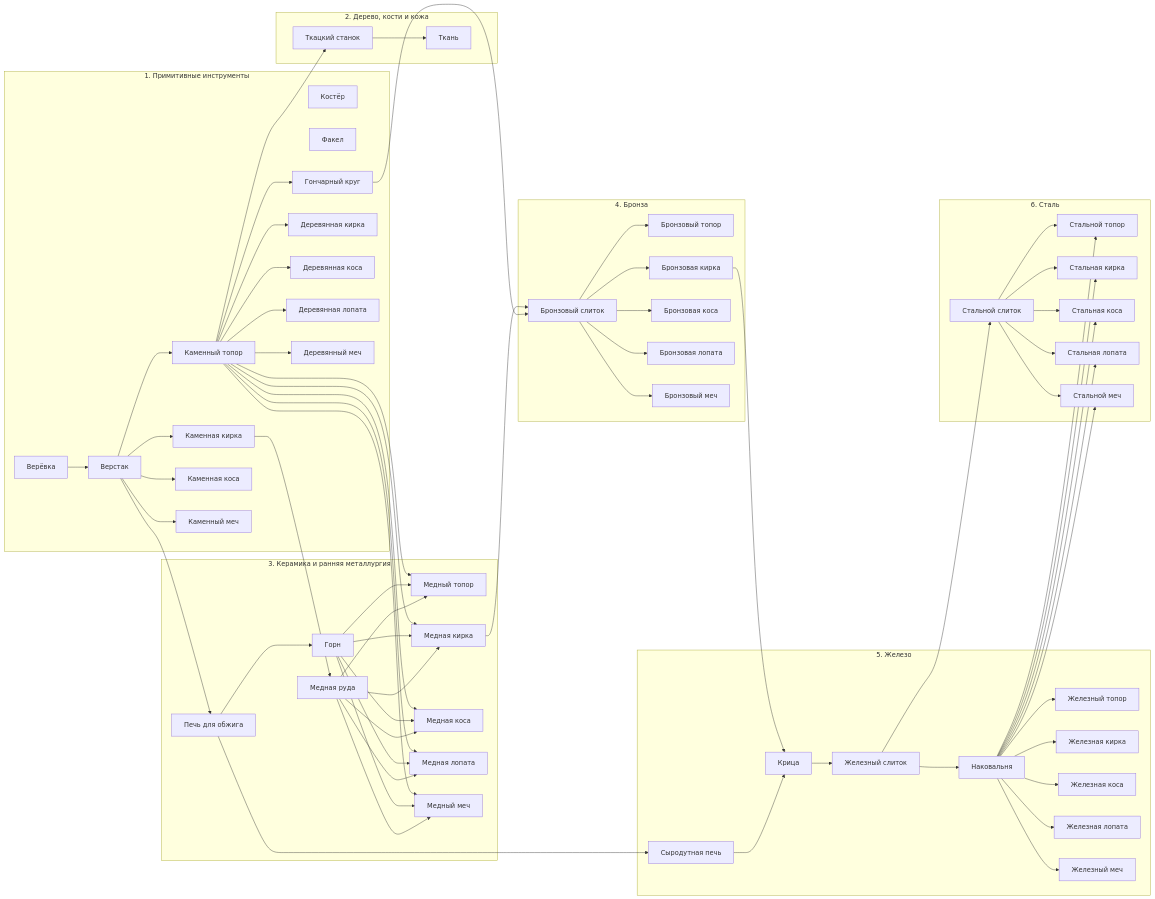
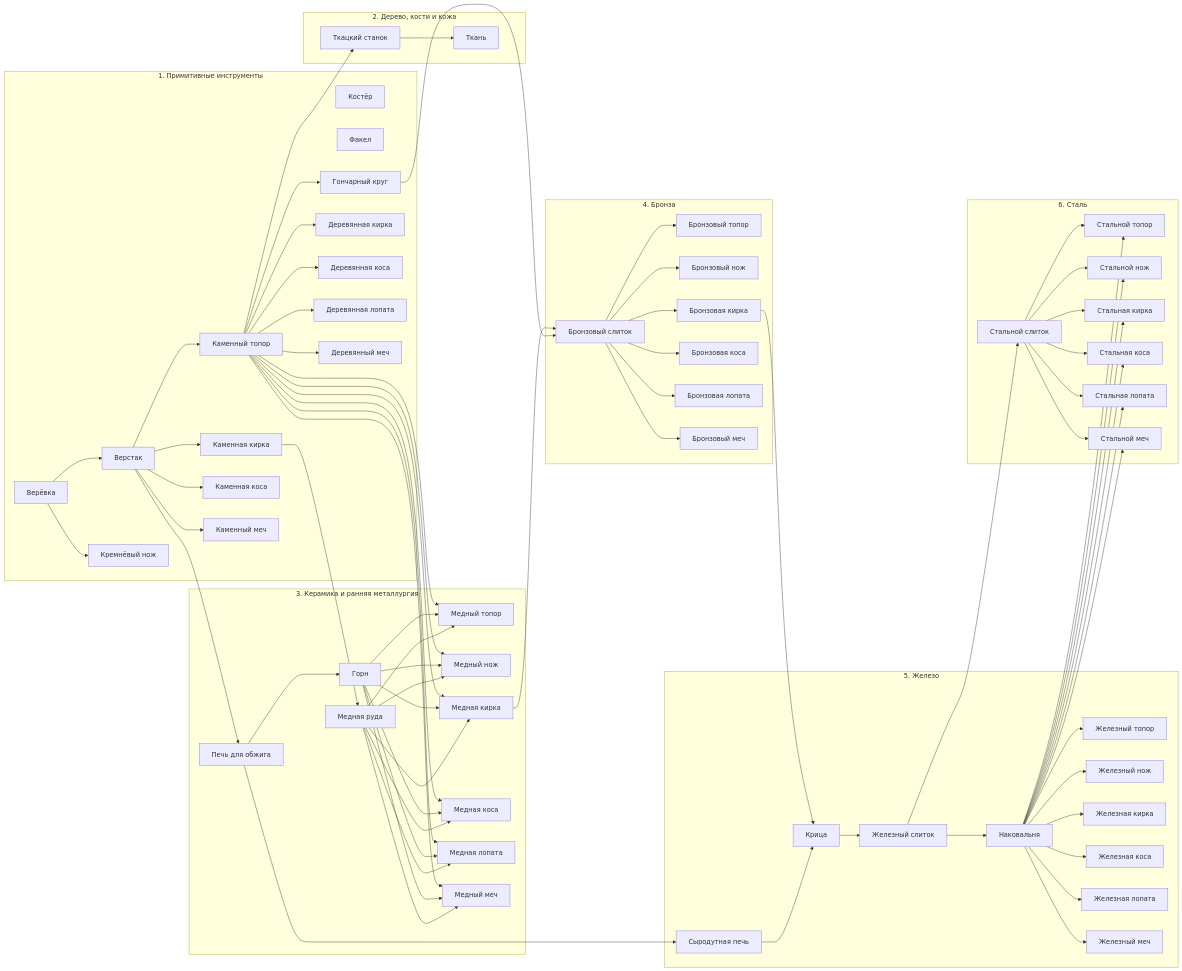
The first of 2 diagrams in docs/generated/content-graph.md (randomboygh/survivium), drawn with Mermaid before and after one commit. The commit also changed other lines of this file and 70 other files, not shown here.

````diff
--- a/docs/generated/content-graph.md
+++ b/docs/generated/content-graph.md
@@ -396,13 +418,14 @@
     b5["Верстак"]
     b13["Гончарный круг"]
     b16["Каменный топор"]
-    b21["Каменная кирка"]
-    b22["Деревянная кирка"]
-    b27["Каменная коса"]
-    b28["Деревянная коса"]
-    b33["Деревянная лопата"]
-    b38["Деревянный меч"]
-    b39["Каменный меч"]
+    b21["Кремнёвый нож"]
+    b26["Каменная кирка"]
+    b27["Деревянная кирка"]
+    b32["Каменная коса"]
+    b33["Деревянная коса"]
+    b38["Деревянная лопата"]
+    b43["Деревянный меч"]
+    b44["Каменный меч"]
   end
   subgraph e2["2. Дерево, кости и кожа"]
     b1["Ткань"]
@@ -413,18 +436,20 @@
     b7["Горн"]
     b11["Печь для обжига"]
     b17["Медный топор"]
-    b23["Медная кирка"]
-    b29["Медная коса"]
-    b34["Медная лопата"]
-    b40["Медный меч"]
+    b22["Медный нож"]
+    b28["Медная кирка"]
+    b34["Медная коса"]
+    b39["Медная лопата"]
+    b45["Медный меч"]
   end
   subgraph e4["4. Бронза"]
     b14["Бронзовый слиток"]
     b18["Бронзовый топор"]
-    b24["Бронзовая кирка"]
-    b30["Бронзовая коса"]
-    b35["Бронзовая лопата"]
-    b41["Бронзовый меч"]
+    b23["Бронзовый нож"]
+    b29["Бронзовая кирка"]
+    b35["Бронзовая коса"]
+    b40["Бронзовая лопата"]
+    b46["Бронзовый меч"]
   end
   subgraph e5["5. Железо"]
     b6["Сыродутная печь"]
@@ -432,33 +457,35 @@
     b9["Железный слиток"]
     b10["Наковальня"]
     b19["Железный топор"]
-    b25["Железная кирка"]
-    b31["Железная коса"]
-    b36["Железная лопата"]
-    b42["Железный меч"]
+    b24["Железный нож"]
+    b30["Железная кирка"]
+    b36["Железная коса"]
+    b41["Железная лопата"]
+    b47["Железный меч"]
   end
   subgraph e6["6. Сталь"]
     b15["Стальной слиток"]
     b20["Стальной топор"]
-    b26["Стальная кирка"]
-    b32["Стальная коса"]
-    b37["Стальная лопата"]
-    b43["Стальной меч"]
+    b25["Стальной нож"]
+    b31["Стальная кирка"]
+    b37["Стальная коса"]
+    b42["Стальная лопата"]
+    b48["Стальной меч"]
   end
   b12 --> b1
-  b21 --> b2
+  b26 --> b2
   b3 --> b5
   b11 --> b6
   b11 --> b7
   b6 --> b8
-  b24 --> b8
+  b29 --> b8
   b8 --> b9
   b9 --> b10
   b5 --> b11
   b16 --> b12
   b16 --> b13
   b13 --> b14
-  b23 --> b14
+  b28 --> b14
   b9 --> b15
   b5 --> b16
   b2 --> b17
@@ -468,24 +495,24 @@
   b10 --> b19
   b10 --> b20
   b15 --> b20
-  b5 --> b21
+  b3 --> b21
+  b2 --> b22
+  b7 --> b22
   b16 --> b22
-  b2 --> b23
-  b7 --> b23
-  b16 --> b23
-  b14 --> b24
+  b14 --> b23
+  b10 --> b24
   b10 --> b25
-  b10 --> b26
-  b15 --> b26
-  b5 --> b27
+  b15 --> b25
+  b5 --> b26
+  b16 --> b27
+  b2 --> b28
+  b7 --> b28
   b16 --> b28
-  b2 --> b29
-  b7 --> b29
-  b16 --> b29
-  b14 --> b30
+  b14 --> b29
+  b10 --> b30
   b10 --> b31
-  b10 --> b32
-  b15 --> b32
+  b15 --> b31
+  b5 --> b32
   b16 --> b33
   b2 --> b34
   b7 --> b34
@@ -495,12 +522,20 @@
   b10 --> b37
   b15 --> b37
   b16 --> b38
-  b5 --> b39
-  b2 --> b40
-  b7 --> b40
-  b16 --> b40
-  b14 --> b41
+  b2 --> b39
+  b7 --> b39
+  b16 --> b39
+  b14 --> b40
+  b10 --> b41
   b10 --> b42
-  b10 --> b43
-  b15 --> b43
+  b15 --> b42
+  b16 --> b43
+  b5 --> b44
+  b2 --> b45
+  b7 --> b45
+  b16 --> b45
+  b14 --> b46
+  b10 --> b47
+  b10 --> b48
+  b15 --> b48
 ```
````
